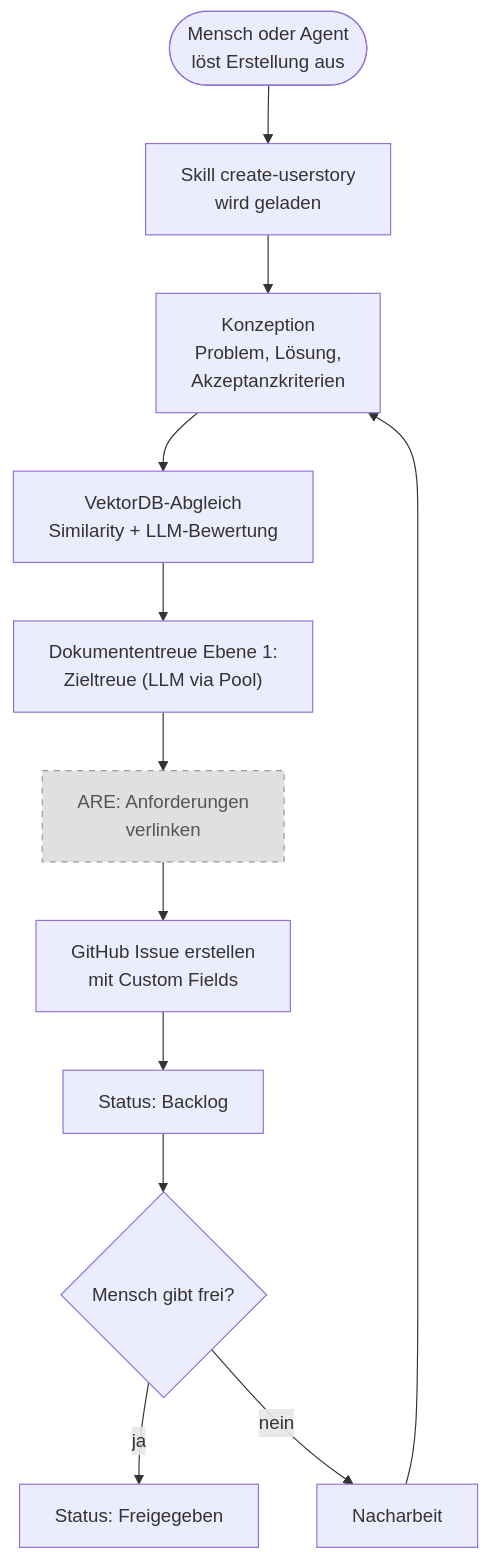
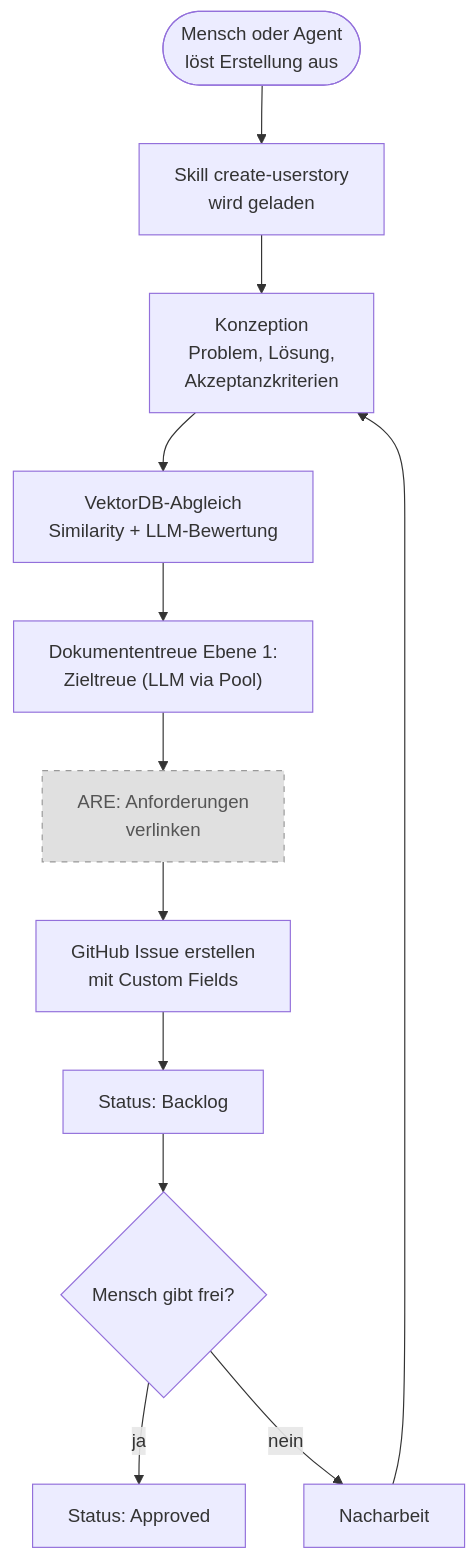
The fourth of 4 diagrams in concept/technical-design/01_systemkontext_und_architekturprinzipien.md (saltenhof/claude-agentkit3), drawn with Mermaid before and after one commit. The commit also changed other lines of this file and 202 other files, not shown here.

First line of the commit message:
Complete BC architecture cut + boundary_modules + Phase D/E migration

````diff
--- a/concept/technical-design/01_systemkontext_und_architekturprinzipien.md
+++ b/concept/technical-design/01_systemkontext_und_architekturprinzipien.md
@@ -496,16 +496,16 @@
 ```mermaid
 flowchart TD
     classDef optional fill:#e0e0e0,stroke:#999,stroke-dasharray: 5 5,color:#555
 
     TRIGGER(["Mensch oder Agent<br/>löst Erstellung aus"]) --> SKILL
     SKILL["Skill create-userstory<br/>wird geladen"] --> KONZEPT
     KONZEPT["Konzeption<br/>Problem, Lösung,<br/>Akzeptanzkriterien"] --> VEKTORDB
     VEKTORDB["VektorDB-Abgleich<br/>Similarity + LLM-Bewertung"] --> ZIELTREUE
     ZIELTREUE["Dokumententreue Ebene 1:<br/>Zieltreue (LLM via Pool)"] --> ARE
     ARE["ARE: Anforderungen<br/>verlinken"]:::optional --> GITHUB
     GITHUB["GitHub Issue erstellen<br/>mit Custom Fields"] --> BACKLOG
     BACKLOG["Status: Backlog"] --> FREIGABE
     FREIGABE{"Mensch gibt frei?"}
-    FREIGABE -->|ja| FREI["Status: Freigegeben"]
+    FREIGABE -->|ja| FREI["Status: Approved"]
     FREIGABE -->|nein| REWORK["Nacharbeit"] --> KONZEPT
 ```
````
